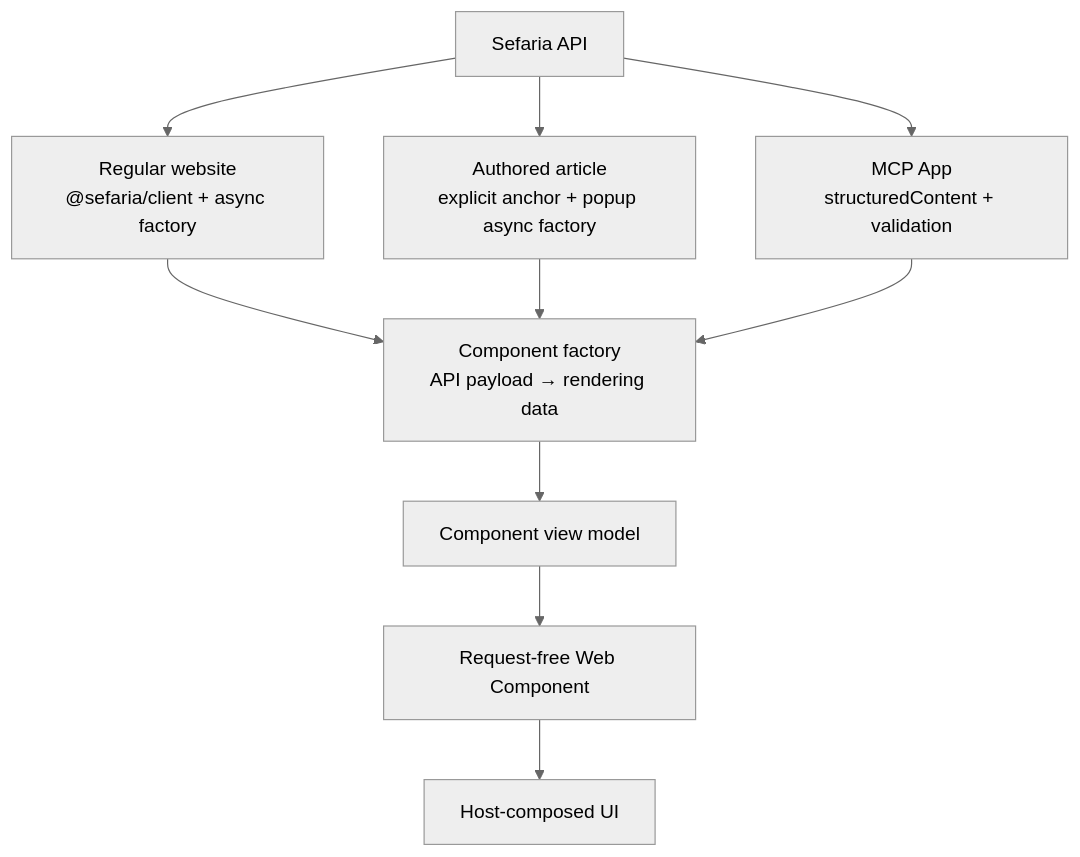
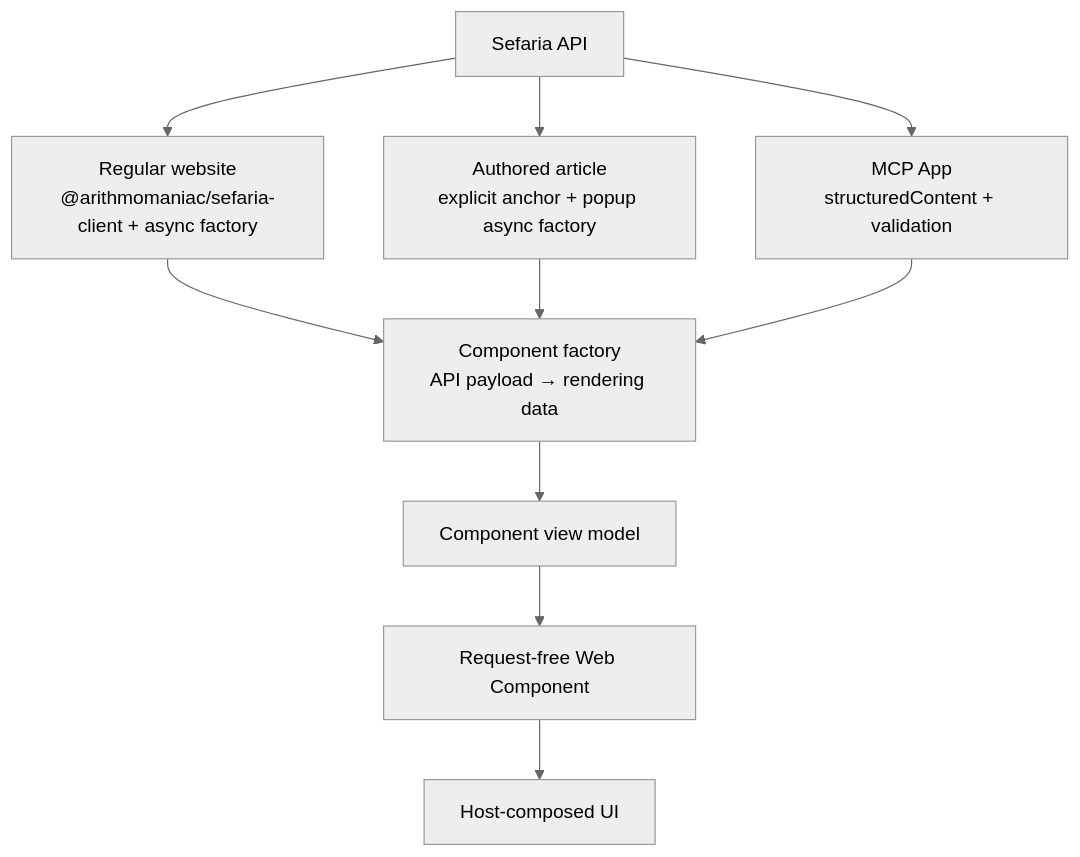
The diagram in docs/guides/data-flow.md (Arithmomaniac/sefaria-frontend-toolkit), drawn with Mermaid (neutral theme) before and after one commit. The commit also changed other lines of this file and 130 other files, not shown here.

````diff
--- a/docs/guides/data-flow.md
+++ b/docs/guides/data-flow.md
@@ -13,21 +13,21 @@
 ```mermaid
 flowchart TB
     API["Sefaria API"]
-    SITE["Regular website<br/>@sefaria/client + async factory"]
+    SITE["Regular website<br/>@arithmomaniac/sefaria-client + async factory"]
     ARTICLE["Authored article<br/>explicit anchor + popup async factory"]
     MCP["MCP App<br/>structuredContent + validation"]
     FACTORY["Component factory<br/>API payload → rendering data"]
     VM["Component view model"]
     ELEMENT["Request-free Web Component"]
     UI["Host-composed UI"]
 
     API --> SITE
     API --> ARTICLE
     API --> MCP
     SITE --> FACTORY
     ARTICLE --> FACTORY
     MCP --> FACTORY
     FACTORY --> VM
     VM --> ELEMENT
     ELEMENT --> UI
 ```
````
